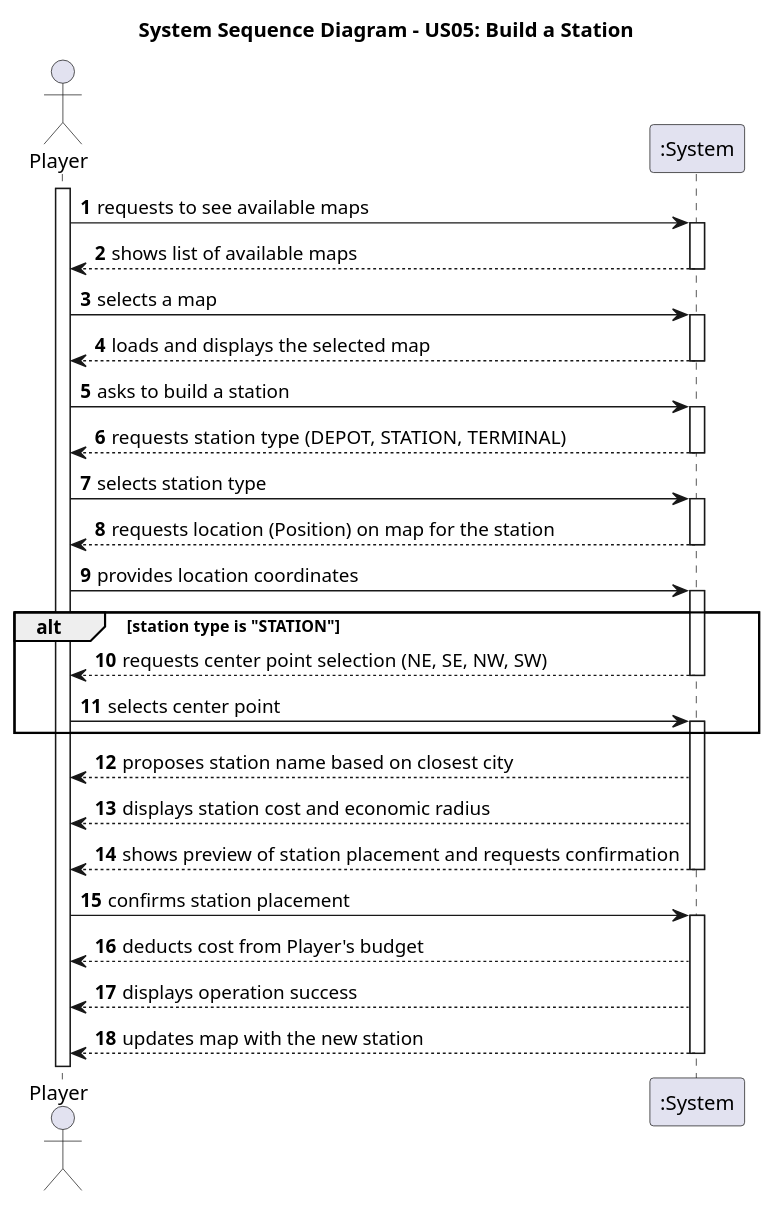
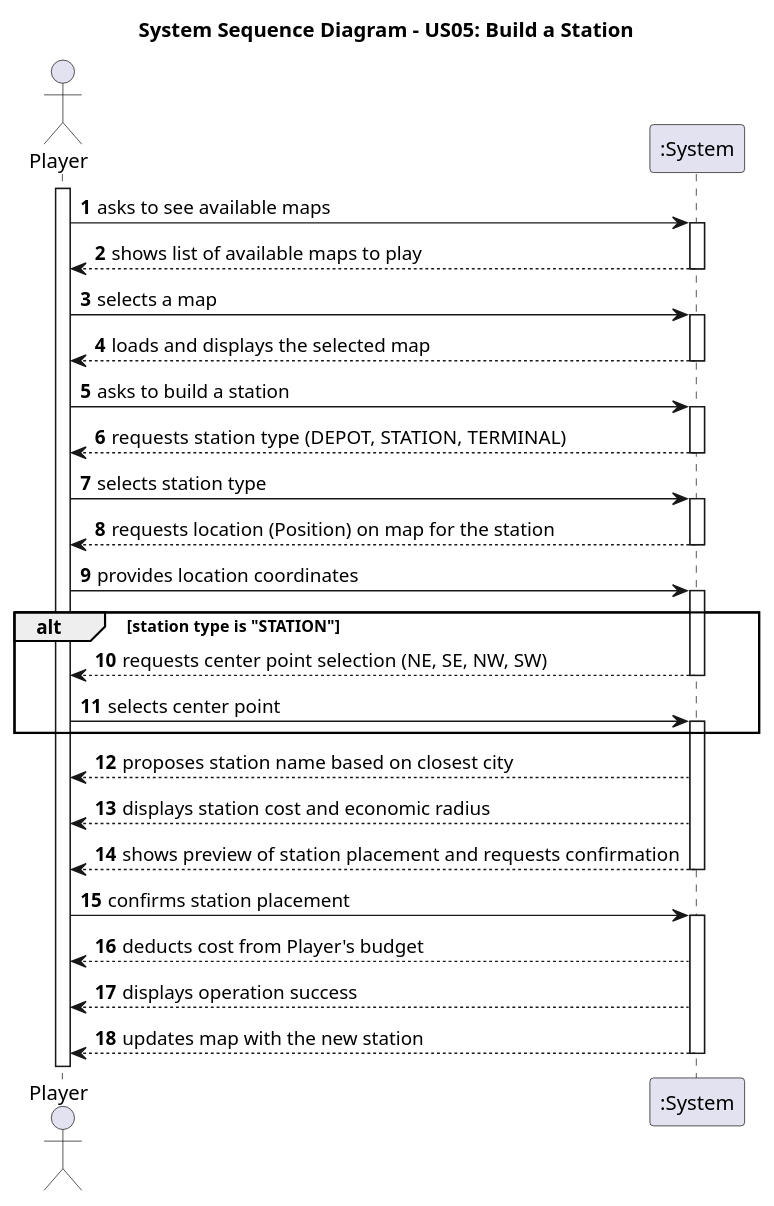
The diagram in docs/system-documentation/Sprint 2/US05/01.requirements-engineering/puml/US05-SSD.puml (HenriqueSilva18/Railway-Network-Simulator), drawn with PlantUML before and after one commit. The commit also changed 3 other files, not shown here.

```diff
--- a/docs/system-documentation/Sprint 2/US05/01.requirements-engineering/puml/US05-SSD.puml
+++ b/docs/system-documentation/Sprint 2/US05/01.requirements-engineering/puml/US05-SSD.puml
@@ -1,61 +1,60 @@
 @startuml
 autonumber
 
 title "System Sequence Diagram - US05: Build a Station"
 
 
 actor "Player" as Player
 participant ":System" as System
 
 activate Player
 
+Player -> System : asks to see available maps
+activate System
 
-Player -> System: requests to see available maps
-
-activate System
-System --> Player: shows list of available maps
+System --> Player: shows list of available maps to play
 deactivate System
 
 Player -> System: selects a map
 
 activate System
 System --> Player: loads and displays the selected map
 deactivate System
 
 Player -> System: asks to build a station
 
 activate System
 System --> Player: requests station type (DEPOT, STATION, TERMINAL)
 deactivate System
 
 Player -> System: selects station type
 
 activate System
 System --> Player: requests location (Position) on map for the station
 deactivate System
 
 Player -> System: provides location coordinates
 
 activate System
 alt station type is "STATION"
     System --> Player: requests center point selection (NE, SE, NW, SW)
     deactivate System
 
     Player -> System: selects center point
     activate System
 end
 
 System --> Player: proposes station name based on closest city
 System --> Player: displays station cost and economic radius
 System --> Player: shows preview of station placement and requests confirmation
 deactivate System
 
 Player -> System: confirms station placement
 
 activate System
 System --> Player: deducts cost from Player's budget
 System --> Player: displays operation success
 System --> Player: updates map with the new station
 deactivate System
 
 @enduml
```
